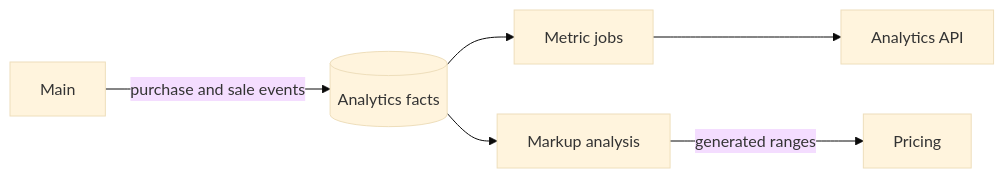
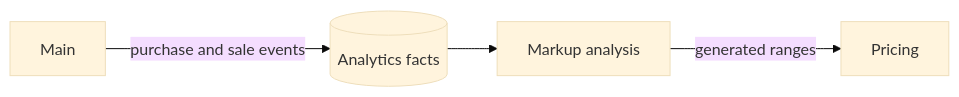
One commit to UnidentifiedSheep/ECommerceSpareParts changed the diagram in docs/ANALYTICS.md. Above: the diagram before and after it, drawn with Mermaid (base theme). The commit also changed other lines of this file and 96 other files, not shown here.

````diff
--- a/docs/ANALYTICS.md
+++ b/docs/ANALYTICS.md
@@ -16,8 +13,6 @@
 ```mermaid
 flowchart LR
     Main -->|purchase and sale events| Facts[(Analytics facts)]
-    Facts --> Metrics[Metric jobs]
     Facts --> Markup[Markup analysis]
     Markup -->|generated ranges| Pricing
-    Metrics --> API[Analytics API]
 ```
````
